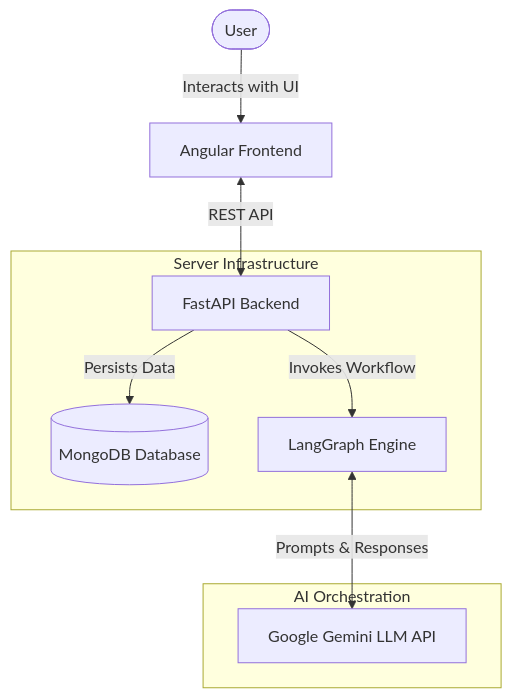
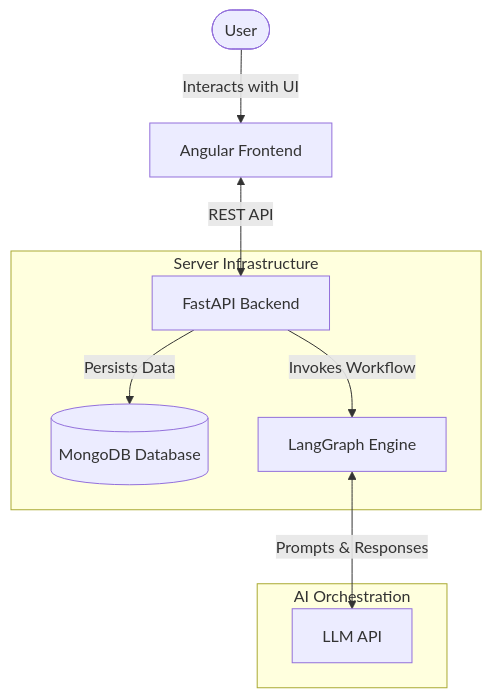
The first of 2 diagrams in README.md (singh-abhijeet/multi-agent-crypto-trader), drawn with Mermaid before and after one commit. The commit also changed other lines of this file, not shown here.

````diff
--- a/README.md
+++ b/README.md
@@ -59,14 +59,14 @@
 ```mermaid
 graph TD
     User([User]) -->|Interacts with UI| Frontend[Angular Frontend]
     Frontend <-->|REST API| Backend[FastAPI Backend]
     
     subgraph Server Infrastructure
         Backend -->|Persists Data| MongoDB[(MongoDB Database)]
         Backend -->|Invokes Workflow| LangGraph[LangGraph Engine]
     end
     
     subgraph AI Orchestration
-        LangGraph <-->|Prompts & Responses| LLM[Google Gemini LLM API]
+        LangGraph <-->|Prompts & Responses| LLM[LLM API]
     end
 ```
````
